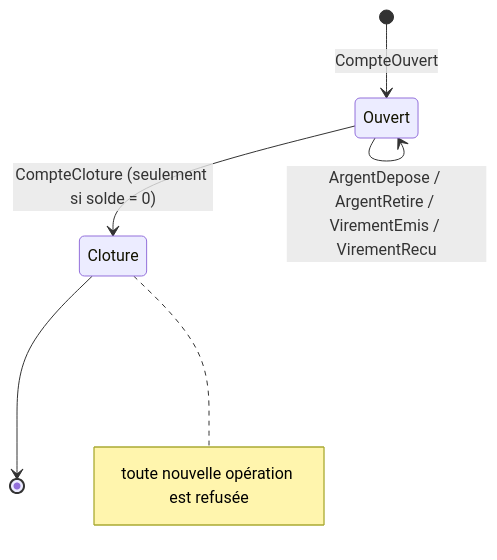
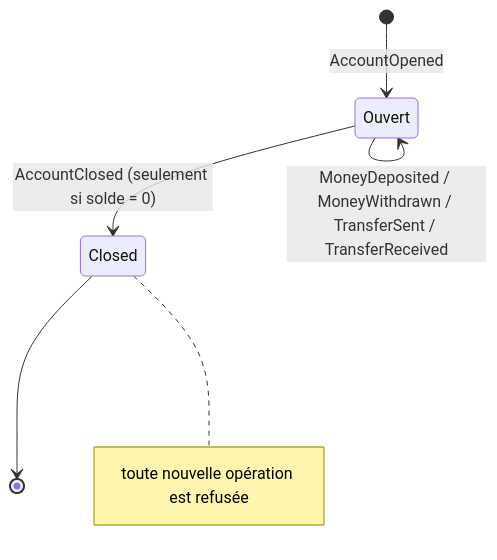
One commit to drangoht/ArchitecturesDemo changed the third of 4 diagrams in Docs/10-event-sourcing.md. Above: the diagram before and after it, drawn with Mermaid. The commit also changed other lines of this file and 70 other files, not shown here.

Commit message:
Docs FR : identifiants, liens, diagrammes et sorties alignés sur le code anglais

````diff
--- a/Docs/10-event-sourcing.md
+++ b/Docs/10-event-sourcing.md
@@ -128,8 +128,8 @@
 ```mermaid
 stateDiagram-v2
-    [*] --> Ouvert : CompteOuvert
-    Ouvert --> Ouvert : ArgentDepose / ArgentRetire / VirementEmis / VirementRecu
-    Ouvert --> Cloture : CompteCloture (seulement si solde = 0)
-    Cloture --> [*]
-    note right of Cloture : toute nouvelle opération est refusée
+    [*] --> Ouvert : AccountOpened
+    Ouvert --> Ouvert : MoneyDeposited / MoneyWithdrawn / TransferSent / TransferReceived
+    Ouvert --> Closed : AccountClosed (seulement si solde = 0)
+    Closed --> [*]
+    note right of Closed : toute nouvelle opération est refusée
 ```
````
